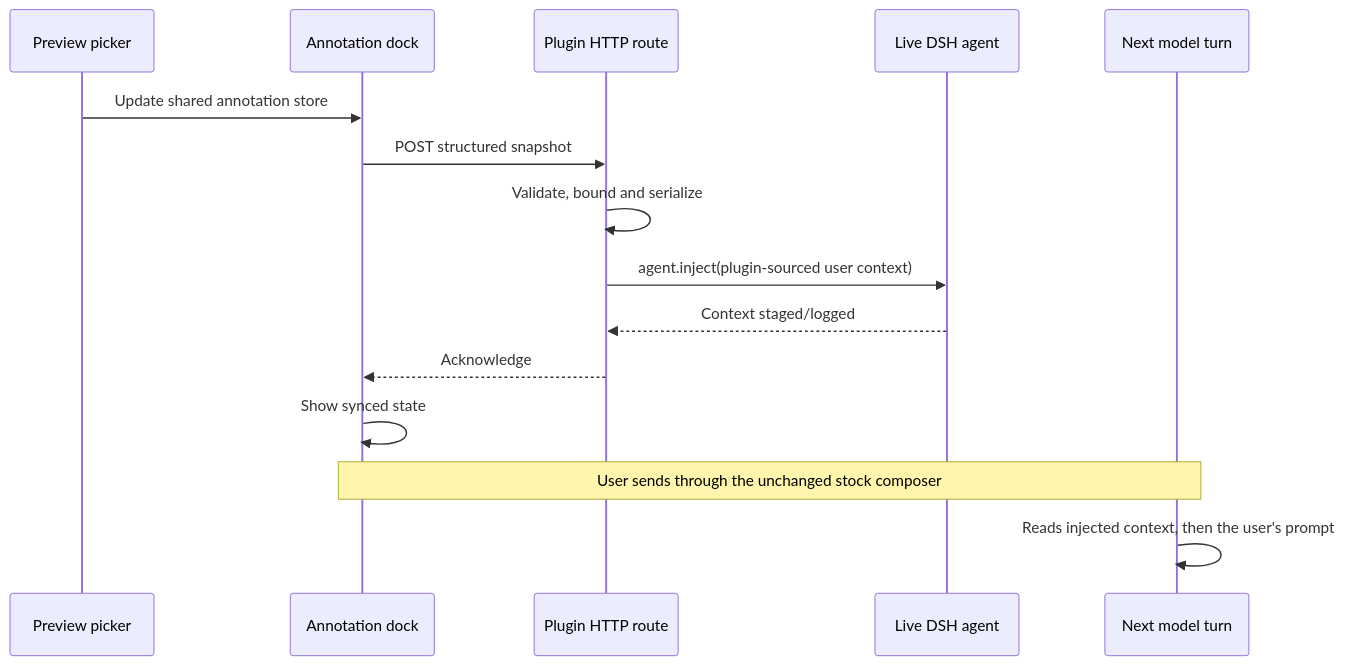
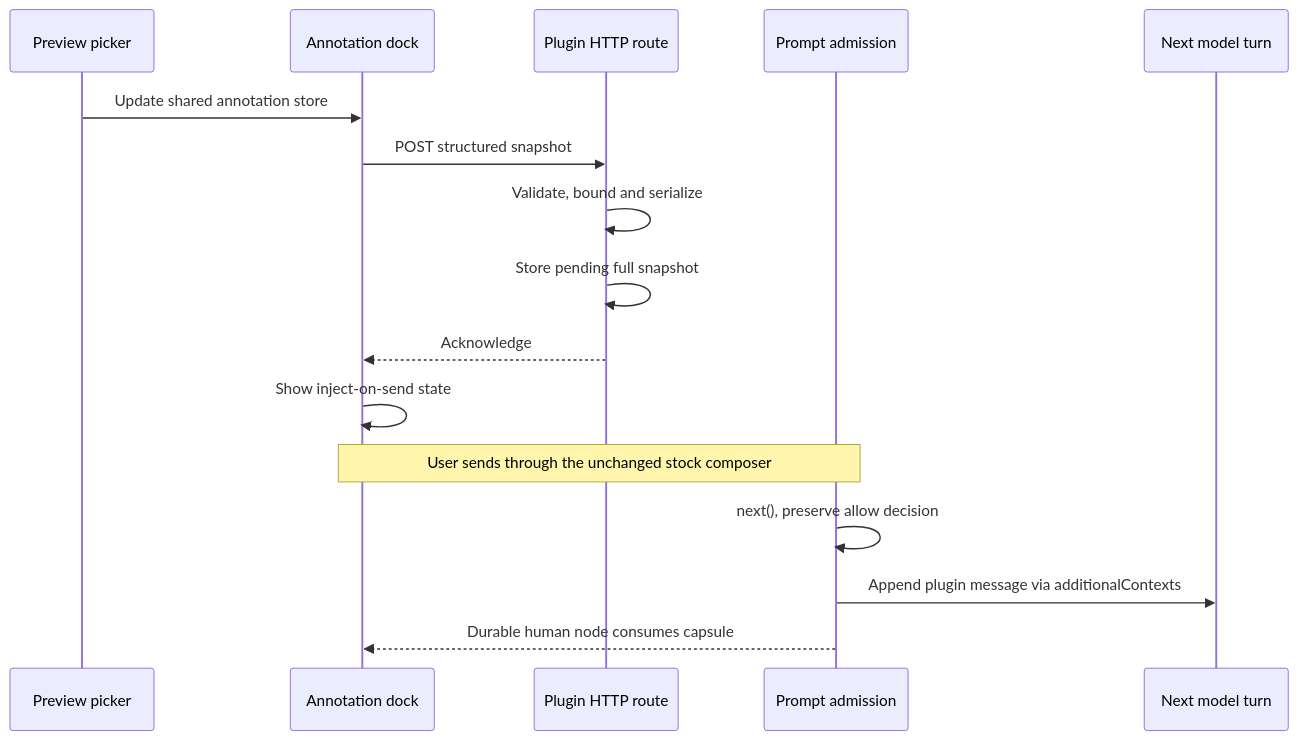
One commit to CanglongCl/dsh-web-review changed the diagram in docs/webview-ui-plan.md. Above: the diagram before and after it, drawn with Mermaid. The commit also changed other lines of this file and 90 other files, not shown here.

````diff
--- a/docs/webview-ui-plan.md
+++ b/docs/webview-ui-plan.md
@@ -39,18 +59,19 @@
 ```mermaid
 sequenceDiagram
     participant Picker as Preview picker
     participant Dock as Annotation dock
     participant Route as Plugin HTTP route
-    participant Agent as Live DSH agent
+    participant Admission as Prompt admission
     participant Model as Next model turn
 
     Picker->>Dock: Update shared annotation store
     Dock->>Route: POST structured snapshot
     Route->>Route: Validate, bound and serialize
-    Route->>Agent: agent.inject(plugin-sourced user context)
-    Agent-->>Route: Context staged/logged
+    Route->>Route: Store pending full snapshot
     Route-->>Dock: Acknowledge
-    Dock->>Dock: Show synced state
-    Note over Dock,Model: User sends through the unchanged stock composer
-    Model->>Model: Reads injected context, then the user's prompt
+    Dock->>Dock: Show inject-on-send state
+    Note over Dock,Admission: User sends through the unchanged stock composer
+    Admission->>Admission: next(), preserve allow decision
+    Admission->>Model: Append plugin message via additionalContexts
+    Admission-->>Dock: Durable human node consumes capsule
 ```
````
